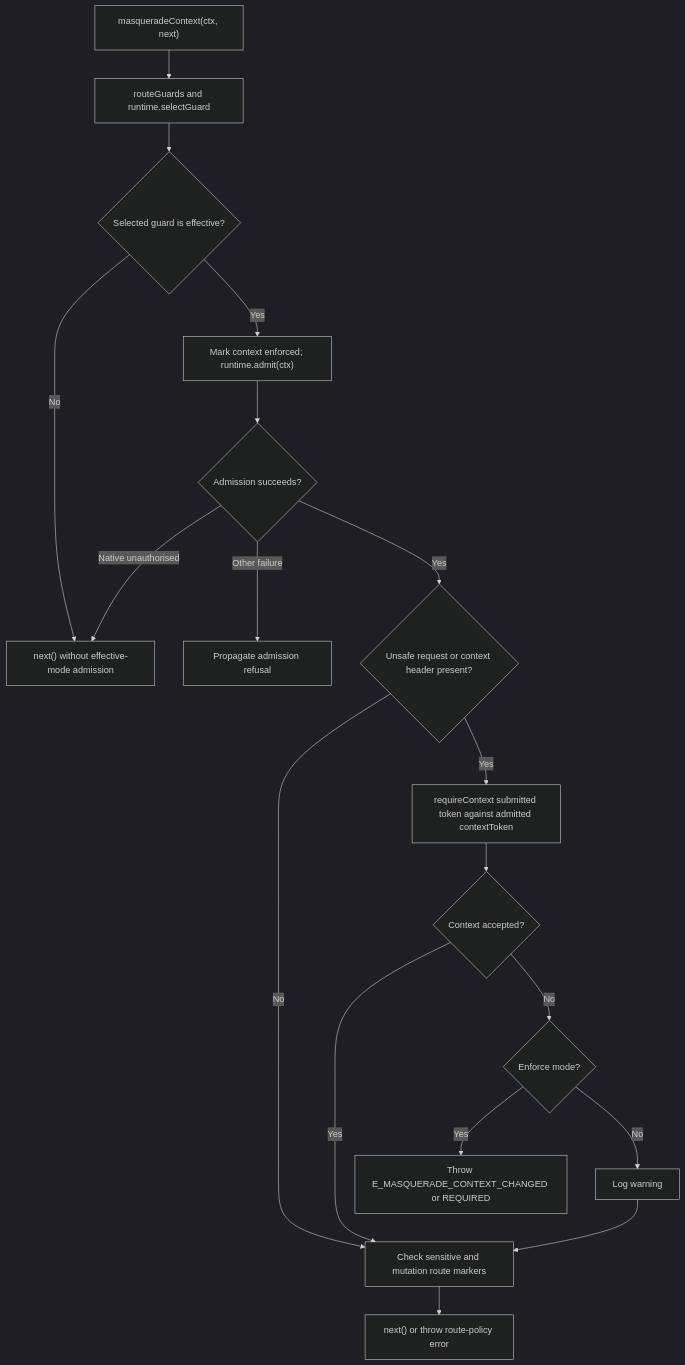
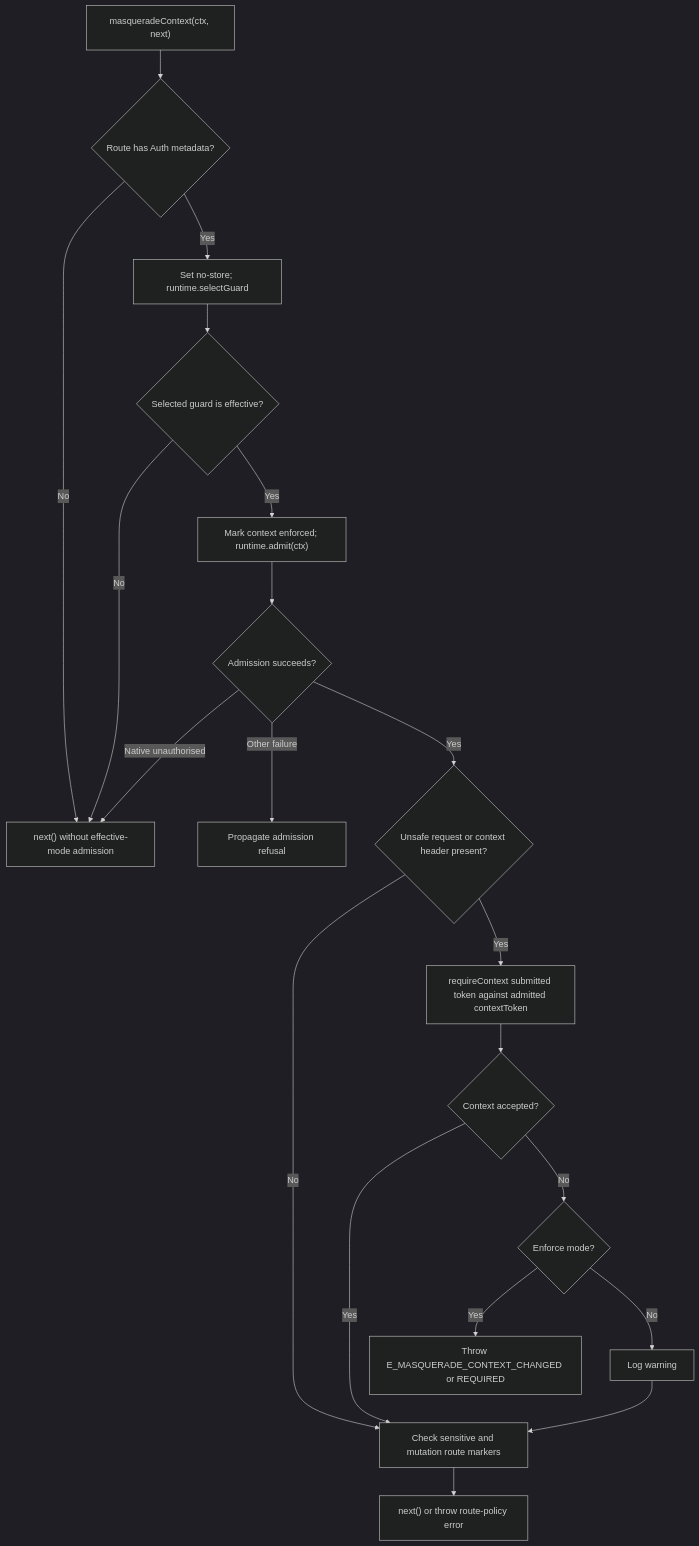
One commit to Kevinjohn/oss-adonisjs-masquerade changed the second of 2 diagrams in user-stories/submit-context-token/us-context-01-submit-context-token.md. Above: the diagram before and after it, drawn with Mermaid (dark theme). The commit also changed 20 other files, not shown here.

````diff
--- a/user-stories/submit-context-token/us-context-01-submit-context-token.md
+++ b/user-stories/submit-context-token/us-context-01-submit-context-token.md
@@ -41,20 +41,22 @@
 ```mermaid
 flowchart TD
-    A["masqueradeContext(ctx, next)"] --> B["routeGuards and runtime.selectGuard"]
+    A["masqueradeContext(ctx, next)"] --> A2{"Route has Auth metadata?"}
+    A2 -->|No| D
+    A2 -->|Yes| B["Set no-store; runtime.selectGuard"]
     B --> C{"Selected guard is effective?"}
     C -->|No| D["next() without effective-mode admission"]
     C -->|Yes| E["Mark context enforced; runtime.admit(ctx)"]
     E --> Q{"Admission succeeds?"}
     Q -->|Native unauthorised| D
     Q -->|Other failure| R["Propagate admission refusal"]
     Q -->|Yes| F{"Unsafe request or context header present?"}
     F -->|No| G["Check sensitive and mutation route markers"]
     F -->|Yes| H["requireContext submitted token against admitted contextToken"]
     H --> I{"Context accepted?"}
     I -->|Yes| G
     I -->|No| T{"Enforce mode?"}
     T -->|Yes| J["Throw E_MASQUERADE_CONTEXT_CHANGED or REQUIRED"]
     T -->|No| U["Log warning"]
     U --> G
     G --> K["next() or throw route-policy error"]
 ```
````
